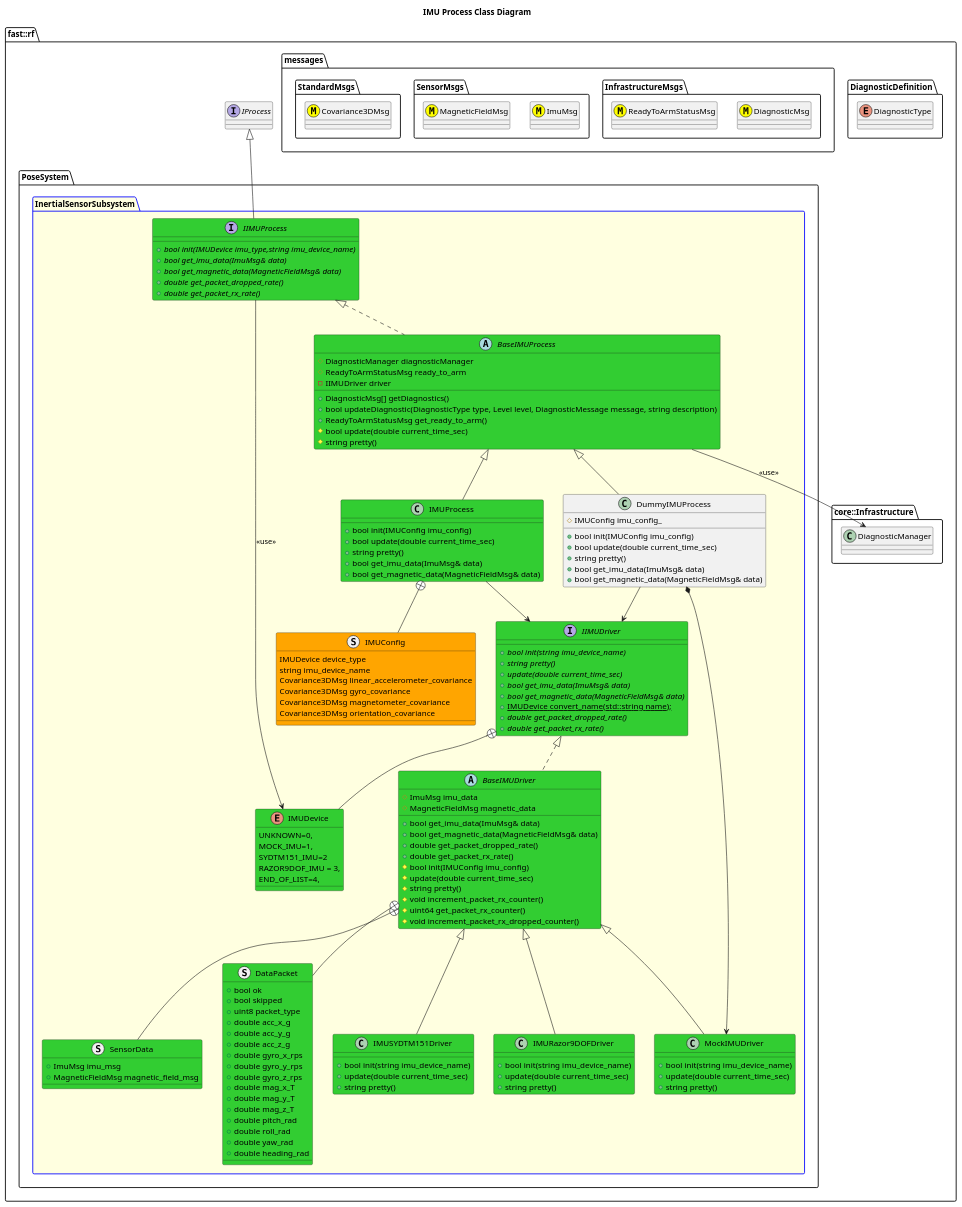
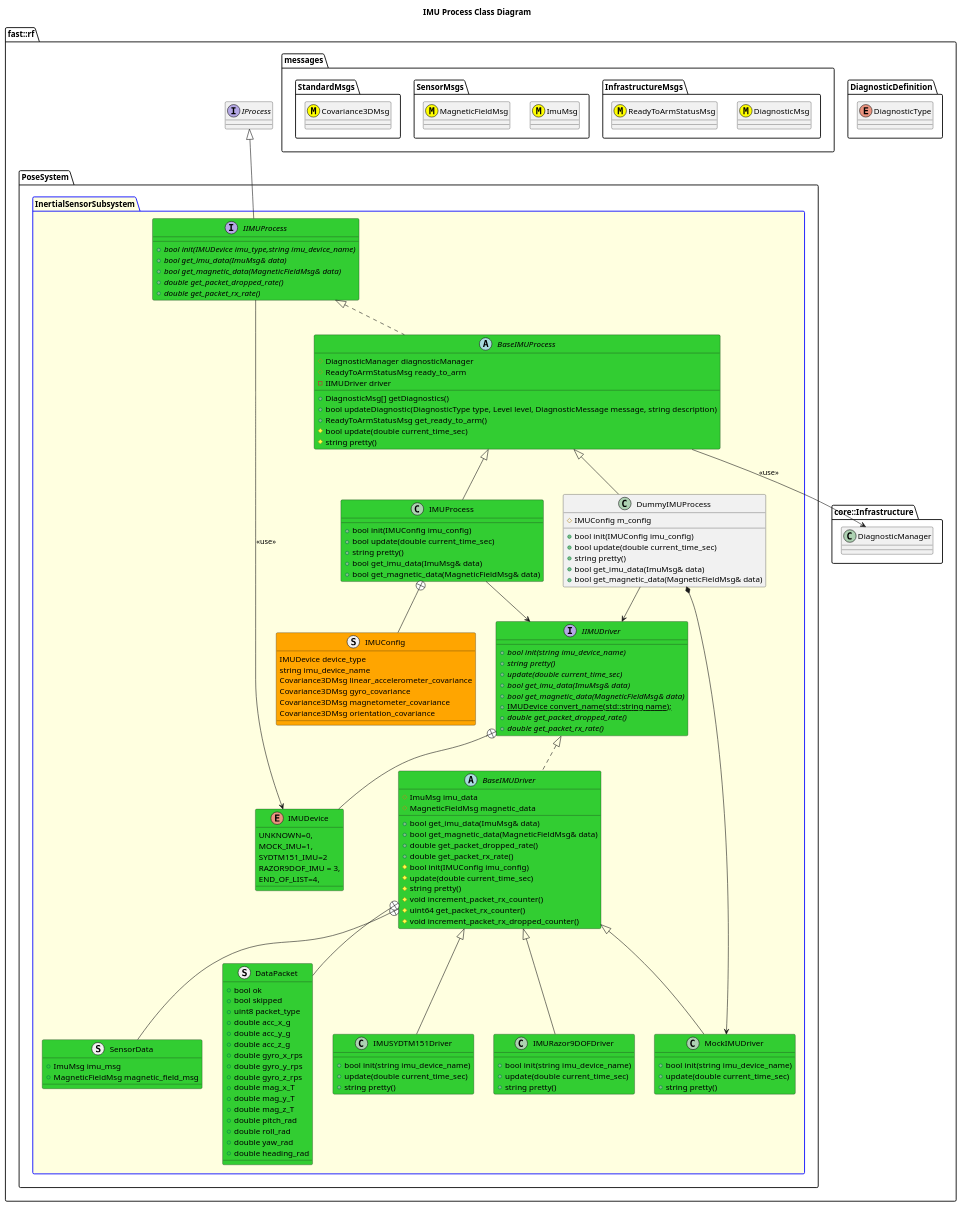
The diagram in Systems/Pose/Subsystems/InertialSensor/Processes/IMU/doc/puml/IMUProcessClassDiagram.puml (fastrobotics/robot_framework), drawn with PlantUML before and after one commit. The commit also changed 5 other files, not shown here.

```diff
--- a/Systems/Pose/Subsystems/InertialSensor/Processes/IMU/doc/puml/IMUProcessClassDiagram.puml
+++ b/Systems/Pose/Subsystems/InertialSensor/Processes/IMU/doc/puml/IMUProcessClassDiagram.puml
@@ -2,162 +2,162 @@
 @startuml
 title IMU Process Class Diagram
 
 namespace fast::rf {
   namespace DiagnosticDefinition {
     enum DiagnosticType
   }
   namespace messages {
     namespace InfrastructureMsgs {
       class DiagnosticMsg <<(M,#FFFF00)>>
       class ReadyToArmStatusMsg <<(M,#FFFF00)>>
     }
     namespace SensorMsgs {
       class ImuMsg <<(M,#FFFF00)>>
       class MagneticFieldMsg <<(M,#FFFF00)>>
     }
     namespace StandardMsgs {
       class Covariance3DMsg <<(M,#FFFF00)>>
     }
   }
   namespace core::Infrastructure {
     class DiagnosticManager
   }
   interface IProcess
   namespace PoseSystem {
     package InertialSensorSubsystem #LightYellow;line:blue {
         interface IIMUProcess #LimeGreen {
           +{abstract} bool init(IMUDevice imu_type,string imu_device_name)
           +{abstract} bool get_imu_data(ImuMsg& data)
           +{abstract} bool get_magnetic_data(MagneticFieldMsg& data)
           +{abstract} double get_packet_dropped_rate()
           +{abstract} double get_packet_rx_rate()
         }
         IIMUProcess -up-|> IProcess
         IIMUProcess --> IMUDevice: <<use>>
         
         abstract BaseIMUProcess #LimeGreen {
           +DiagnosticMsg[] getDiagnostics()
           +bool updateDiagnostic(DiagnosticType type, Level level, DiagnosticMessage message, string description)
           +ReadyToArmStatusMsg get_ready_to_arm()
           #bool update(double current_time_sec)
           #string pretty()
           #DiagnosticManager diagnosticManager
           #ReadyToArmStatusMsg ready_to_arm
           -IIMUDriver driver
 
         }
         BaseIMUProcess .up.|> IIMUProcess
         BaseIMUProcess --> DiagnosticManager: <<use>>
 
         enum IMUDevice #LimeGreen {
           UNKNOWN=0,
           MOCK_IMU=1,
           SYDTM151_IMU=2
           RAZOR9DOF_IMU = 3,
           END_OF_LIST=4,
         }
         interface IIMUDriver #LimeGreen {
           +{abstract} bool init(string imu_device_name)
           +{abstract} string pretty()
           +{abstract} update(double current_time_sec)
           +{abstract}  bool get_imu_data(ImuMsg& data)
           +{abstract} bool get_magnetic_data(MagneticFieldMsg& data)
           +{static} IMUDevice convert_name(std::string name);
           +{abstract} double get_packet_dropped_rate()
           +{abstract} double get_packet_rx_rate()
         }
         IIMUDriver +-- IMUDevice
         struct SensorData #LimeGreen {
           +ImuMsg imu_msg
           +MagneticFieldMsg magnetic_field_msg
         }
         struct DataPacket #LimeGreen {
             +bool ok
             +bool skipped
             +uint8 packet_type
             +double acc_x_g
             +double acc_y_g
             +double acc_z_g
             +double gyro_x_rps
             +double gyro_y_rps
             +double gyro_z_rps
             +double mag_x_T
             +double mag_y_T
             +double mag_z_T
             +double pitch_rad
             +double roll_rad
             +double yaw_rad
             +double heading_rad
         }
         abstract BaseIMUDriver #LimeGreen {
           +bool get_imu_data(ImuMsg& data)
           +bool get_magnetic_data(MagneticFieldMsg& data)
           +double get_packet_dropped_rate()
           +double get_packet_rx_rate()
           #bool init(IMUConfig imu_config)
           #update(double current_time_sec)
           #string pretty()
           #void increment_packet_rx_counter()
           #uint64 get_packet_rx_counter()
           #void increment_packet_rx_dropped_counter()
           #ImuMsg imu_data
           #MagneticFieldMsg magnetic_data
         }
         BaseIMUDriver .up.|> IIMUDriver
         BaseIMUDriver +-- SensorData
         BaseIMUDriver +-- DataPacket
 
         class MockIMUDriver #LimeGreen {
            +bool init(string imu_device_name)
            +update(double current_time_sec)
            +string pretty()
            
         }
         MockIMUDriver -up-|> BaseIMUDriver
 
         class IMUSYDTM151Driver #LimeGreen {
            +bool init(string imu_device_name)
            +update(double current_time_sec)
            +string pretty()
         }
         IMUSYDTM151Driver -up-|> BaseIMUDriver
         class IMURazor9DOFDriver #LimeGreen {
            +bool init(string imu_device_name)
            +update(double current_time_sec)
            +string pretty()
         }
         IMURazor9DOFDriver -up-|> BaseIMUDriver
         class IMUProcess #LimeGreen {
           +bool init(IMUConfig imu_config)
           +bool update(double current_time_sec)
           +string pretty()
           +bool get_imu_data(ImuMsg& data)
           +bool get_magnetic_data(MagneticFieldMsg& data)
           
         }
         struct IMUConfig #Orange {
           IMUDevice device_type
           string imu_device_name
           Covariance3DMsg linear_accelerometer_covariance
           Covariance3DMsg gyro_covariance
           Covariance3DMsg magnetometer_covariance
           Covariance3DMsg orientation_covariance
         }
         IMUProcess +-- IMUConfig
         IMUProcess -up-|> BaseIMUProcess
         IMUProcess --> IIMUDriver
         class DummyIMUProcess {
           +bool init(IMUConfig imu_config)
           +bool update(double current_time_sec)
           +string pretty()
           +bool get_imu_data(ImuMsg& data)
           +bool get_magnetic_data(MagneticFieldMsg& data)
-          #IMUConfig imu_config_
+          #IMUConfig m_config
         }
         DummyIMUProcess -up-|> BaseIMUProcess
         DummyIMUProcess --> IIMUDriver
         DummyIMUProcess *-> MockIMUDriver
     }
   }
 }
 @enduml
```
